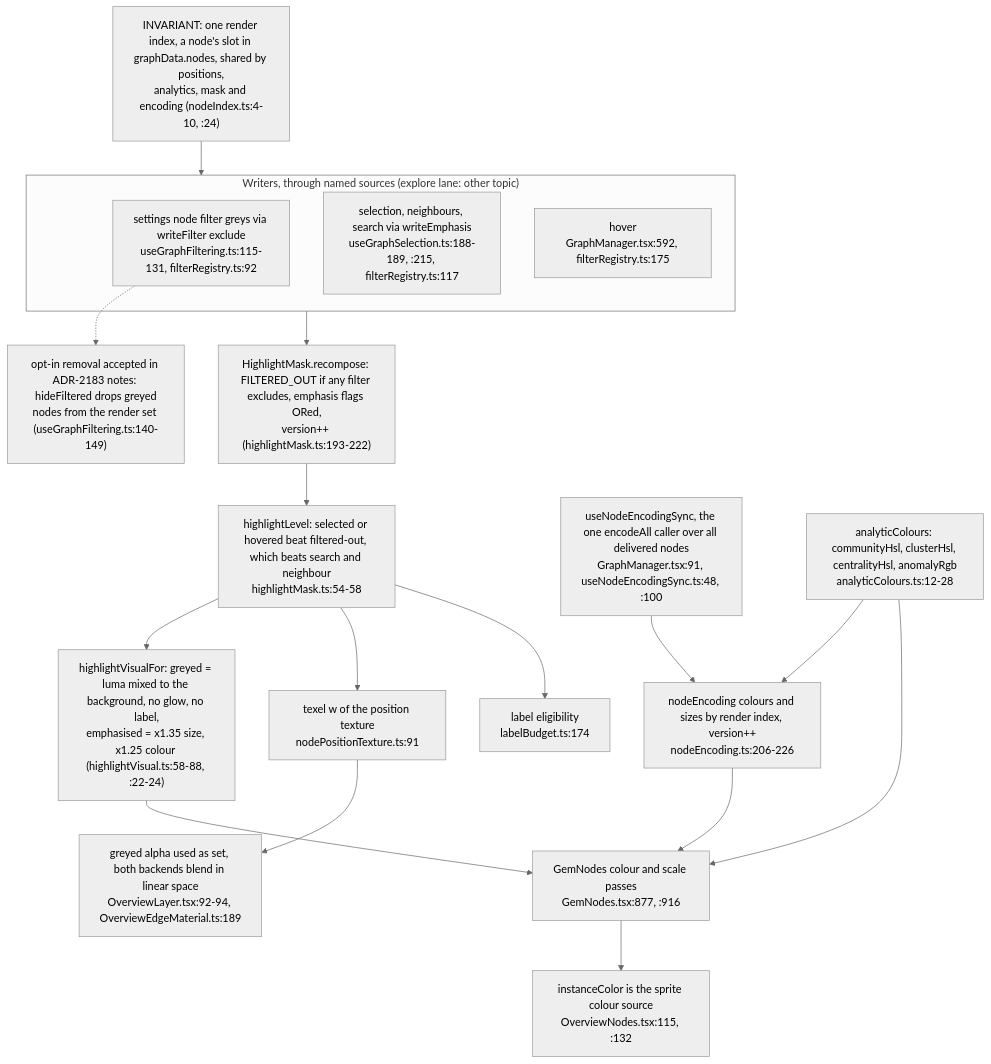
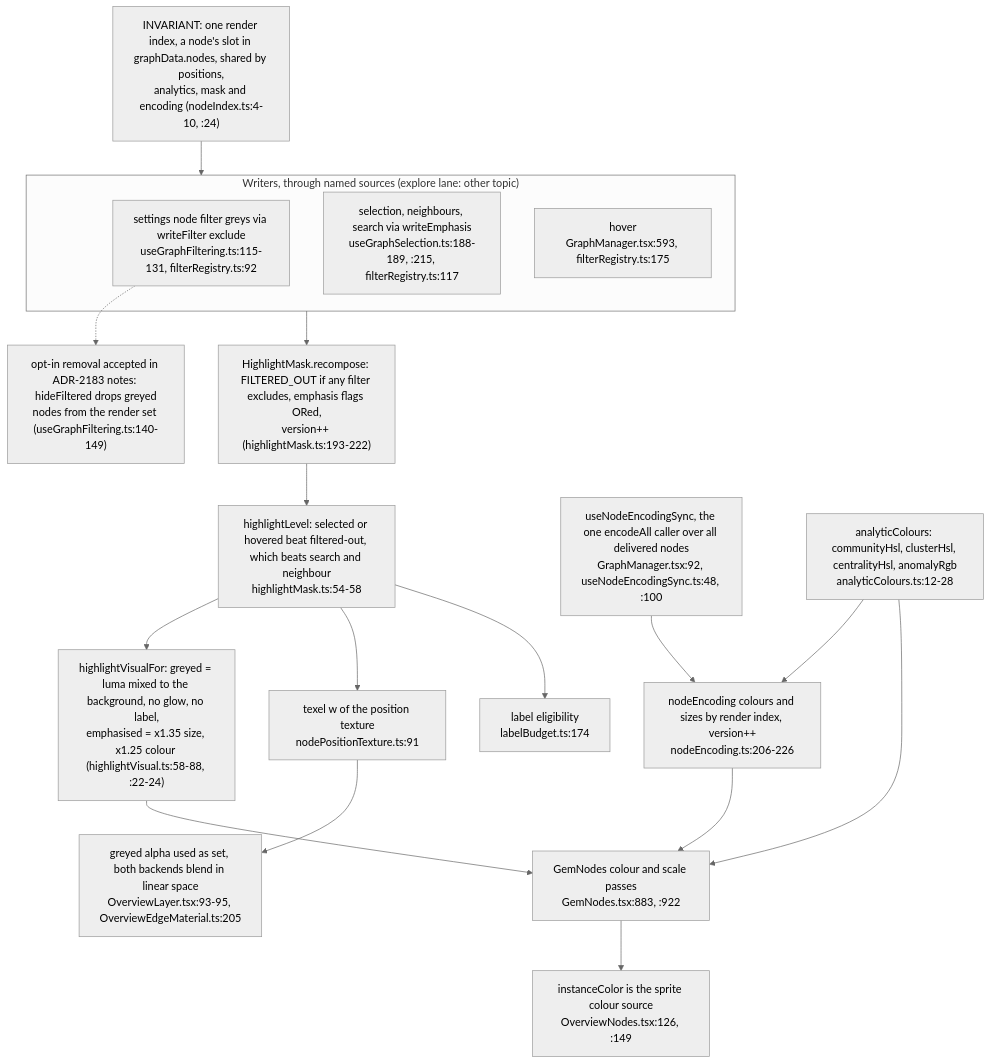
Diagram 13 of 15 in docs/diagrams/visionclaw/31-client-graph-render-pipeline.md (DreamLab-AI/VisionFlow), drawn with Mermaid (neutral theme) before and after one commit. The commit also changed other lines of this file and 49 other files, not shown here.

First line of the commit message:
docs(diagrams): re-derive and re-stamp VisionClaw, estate, knowledge-graph, visionGraph, VisionFlow and sidestr topics

````diff
--- a/docs/diagrams/visionclaw/31-client-graph-render-pipeline.md
+++ b/docs/diagrams/visionclaw/31-client-graph-render-pipeline.md
@@ -716,23 +716,23 @@
 ```mermaid
 flowchart TB
     IDX["INVARIANT: one render index, a node's slot in graphData.nodes, shared by positions,<br/>analytics, mask and encoding (nodeIndex.ts:4-10, :24)"]
     subgraph W["Writers, through named sources (explore lane: other topic)"]
         WF["settings node filter greys via writeFilter exclude<br/>useGraphFiltering.ts:115-131, filterRegistry.ts:92"]
         WS["selection, neighbours, search via writeEmphasis<br/>useGraphSelection.ts:188-189, :215, filterRegistry.ts:117"]
-        WH["hover<br/>GraphManager.tsx:592, filterRegistry.ts:175"]
+        WH["hover<br/>GraphManager.tsx:593, filterRegistry.ts:175"]
     end
     IDX --> W
     W --> REC["HighlightMask.recompose: FILTERED_OUT if any filter excludes, emphasis flags ORed,<br/>version++ (highlightMask.ts:193-222)"]
     REC --> LVL["highlightLevel: selected or hovered beat filtered-out, which beats search and neighbour<br/>highlightMask.ts:54-58"]
     LVL --> HV["highlightVisualFor: greyed = luma mixed to the background, no glow, no label,<br/>emphasised = x1.35 size, x1.25 colour (highlightVisual.ts:58-88, :22-24)"]
-    HV --> GN["GemNodes colour and scale passes<br/>GemNodes.tsx:877, :916"]
+    HV --> GN["GemNodes colour and scale passes<br/>GemNodes.tsx:883, :922"]
     LVL --> TEXL["texel w of the position texture<br/>nodePositionTexture.ts:91"]
     LVL --> LBL["label eligibility<br/>labelBudget.ts:174"]
-    ENC["useNodeEncodingSync, the one encodeAll caller over all delivered nodes<br/>GraphManager.tsx:91, useNodeEncodingSync.ts:48, :100"] --> NE["nodeEncoding colours and sizes by render index, version++<br/>nodeEncoding.ts:206-226"]
+    ENC["useNodeEncodingSync, the one encodeAll caller over all delivered nodes<br/>GraphManager.tsx:92, useNodeEncodingSync.ts:48, :100"] --> NE["nodeEncoding colours and sizes by render index, version++<br/>nodeEncoding.ts:206-226"]
     AC["analyticColours: communityHsl, clusterHsl, centralityHsl, anomalyRgb<br/>analyticColours.ts:12-28"] --> NE
     AC --> GN
     NE --> GN
-    GN --> SPR["instanceColor is the sprite colour source<br/>OverviewNodes.tsx:115, :132"]
-    TEXL --> LIN["greyed alpha used as set, both backends blend in linear space<br/>OverviewLayer.tsx:92-94, OverviewEdgeMaterial.ts:189"]
+    GN --> SPR["instanceColor is the sprite colour source<br/>OverviewNodes.tsx:126, :149"]
+    TEXL --> LIN["greyed alpha used as set, both backends blend in linear space<br/>OverviewLayer.tsx:93-95, OverviewEdgeMaterial.ts:205"]
     WF -.-> T1["opt-in removal accepted in ADR-2183 notes: hideFiltered drops greyed<br/>nodes from the render set (useGraphFiltering.ts:140-149)"]
 ```
````
